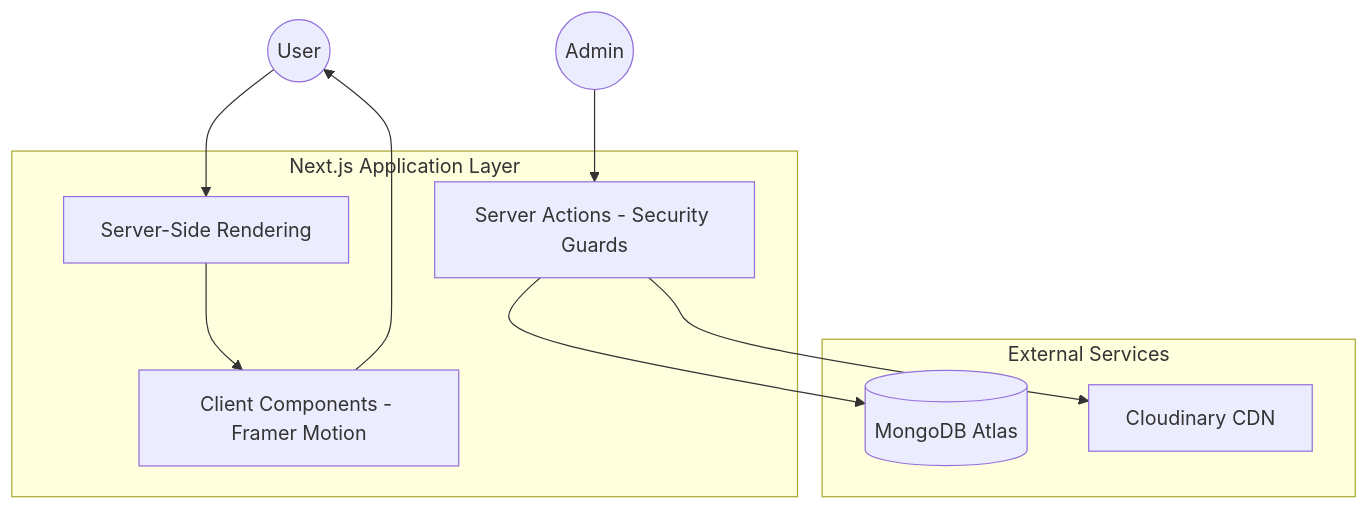
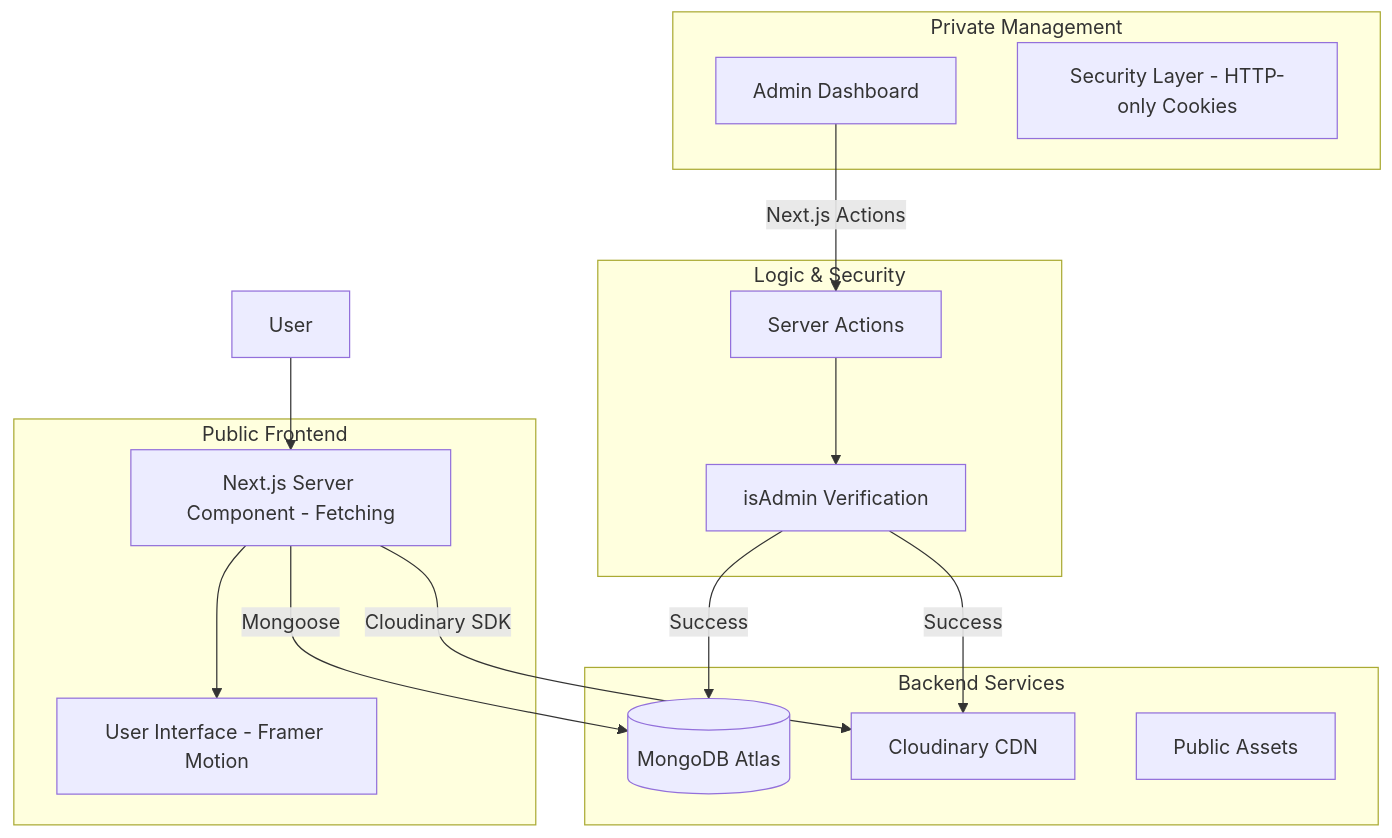
Before and after one commit to Anuj-er/Folio-Anuj: the first of 2 diagrams in README.md, drawn with Mermaid. The commit also changed other lines of this file, not shown here.

Commit message:
docs: finalize premium README with Mermaid diagrams and HTML layouts

````diff
--- a/README.md
+++ b/README.md
@@ -47,23 +37,33 @@
 ```mermaid
 graph TD
-    User((User))
-    Admin((Admin))
-    
-    subgraph "Next.js Application Layer"
-        SSR[Server-Side Rendering]
-        SC[Client Components - Framer Motion]
-        SA[Server Actions - Security Guards]
+    subgraph "Public Frontend"
+        UI[User Interface - Framer Motion]
+        SSR[Next.js Server Component - Fetching]
     end
-    
-    subgraph "External Services"
+
+    subgraph "Private Management"
+        Admin[Admin Dashboard]
+        Auth[Security Layer - HTTP-only Cookies]
+    end
+
+    subgraph "Backend Services"
         DB[(MongoDB Atlas)]
         CDN[Cloudinary CDN]
+        Storage[Public Assets]
+    end
+
+    subgraph "Logic & Security"
+        Actions[Server Actions]
+        Guards[isAdmin Verification]
     end
 
     User --> SSR
-    SSR --> SC
-    Admin --> SA
-    SA --> DB
-    SA --> CDN
-    SC --> User
+    SSR --> UI
+    SSR -- "Mongoose" --> DB
+    SSR -- "Cloudinary SDK" --> CDN
+    
+    Admin -- "Next.js Actions" --> Actions
+    Actions --> Guards
+    Guards -- "Success" --> DB
+    Guards -- "Success" --> CDN
 ```
````
